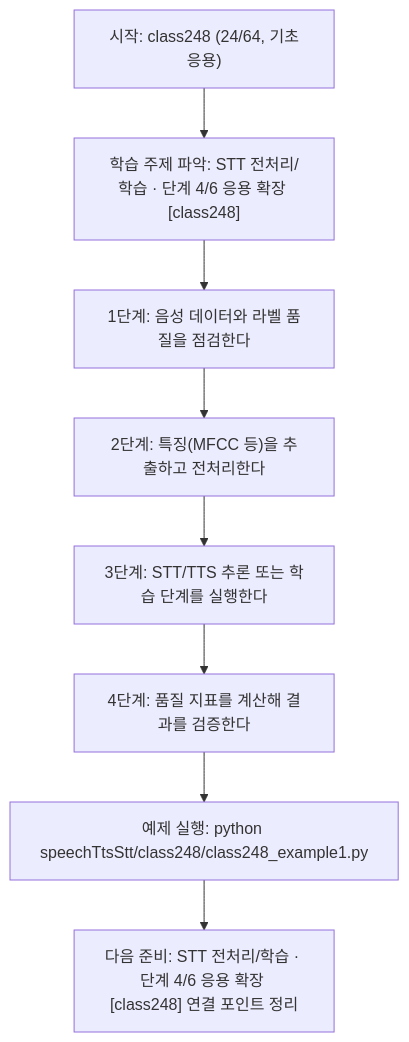
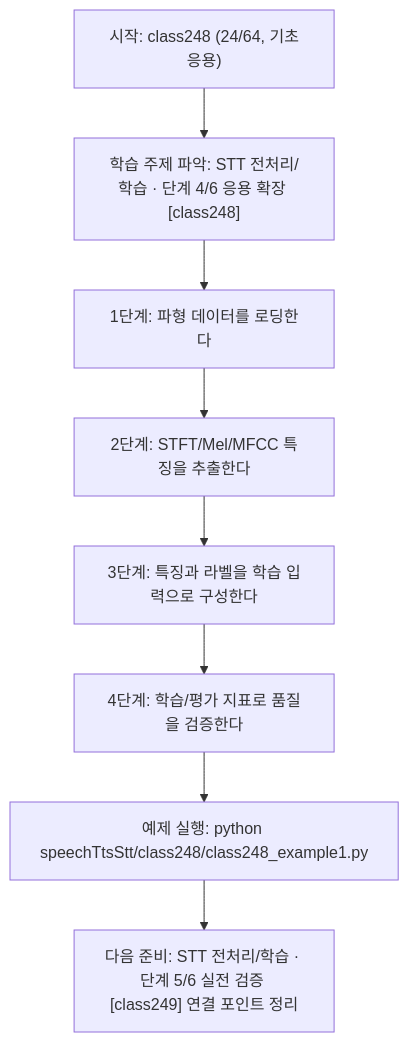
Before and after one commit to edumgt/Python-AI_Agent-Class: the diagram in speechTtsStt/class248/class248.md, drawn with Mermaid. The commit also changed other lines of this file and 1122 other files, not shown here.

````diff
--- a/speechTtsStt/class248/class248.md
+++ b/speechTtsStt/class248/class248.md
@@ -114,18 +95,18 @@
 ```mermaid
 flowchart TD
 N1["시작: class248 (24/64, 기초응용)"]
 N2["학습 주제 파악: STT 전처리/학습 · 단계 4/6 응용 확장 [class248]"]
-N3["1단계: 음성 데이터와 라벨 품질을 점검한다"]
-N4["2단계: 특징(MFCC 등)을 추출하고 전처리한다"]
-N5["3단계: STT/TTS 추론 또는 학습 단계를 실행한다"]
-N6["4단계: 품질 지표를 계산해 결과를 검증한다"]
+N3["1단계: 파형 데이터를 로딩한다"]
+N4["2단계: STFT/Mel/MFCC 특징을 추출한다"]
+N5["3단계: 특징과 라벨을 학습 입력으로 구성한다"]
+N6["4단계: 학습/평가 지표로 품질을 검증한다"]
 N7["예제 실행: python speechTtsStt/class248/class248_example1.py"]
-N8["다음 준비: STT 전처리/학습 · 단계 4/6 응용 확장 [class248] 연결 포인트 정리"]
+N8["다음 준비: STT 전처리/학습 · 단계 5/6 실전 검증 [class249] 연결 포인트 정리"]
 N1 --> N2
 N2 --> N3
 N3 --> N4
 N4 --> N5
 N5 --> N6
 N6 --> N7
 N7 --> N8
 ```
````
